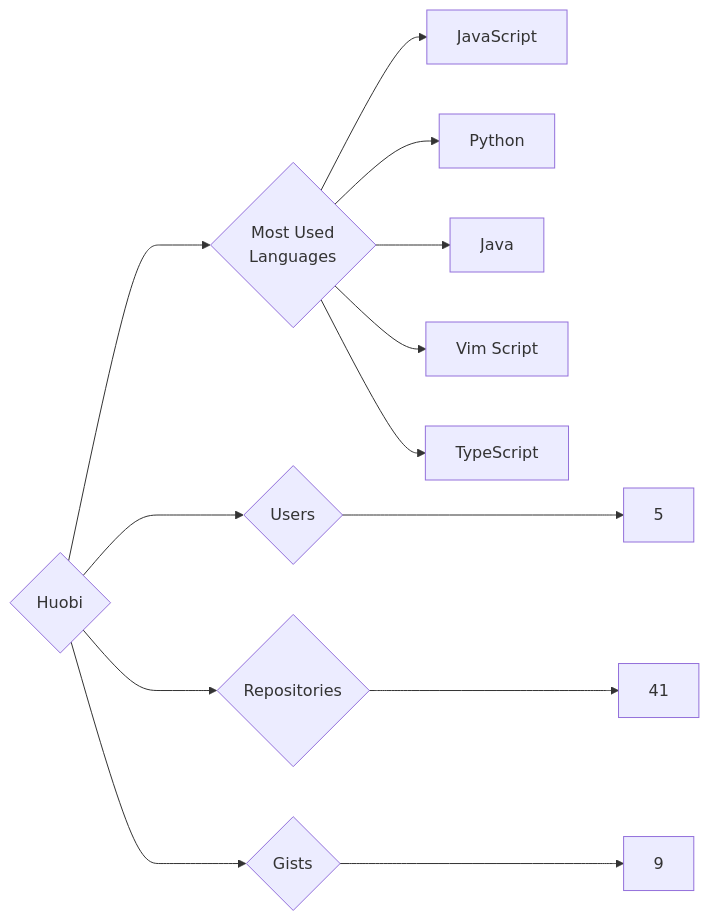
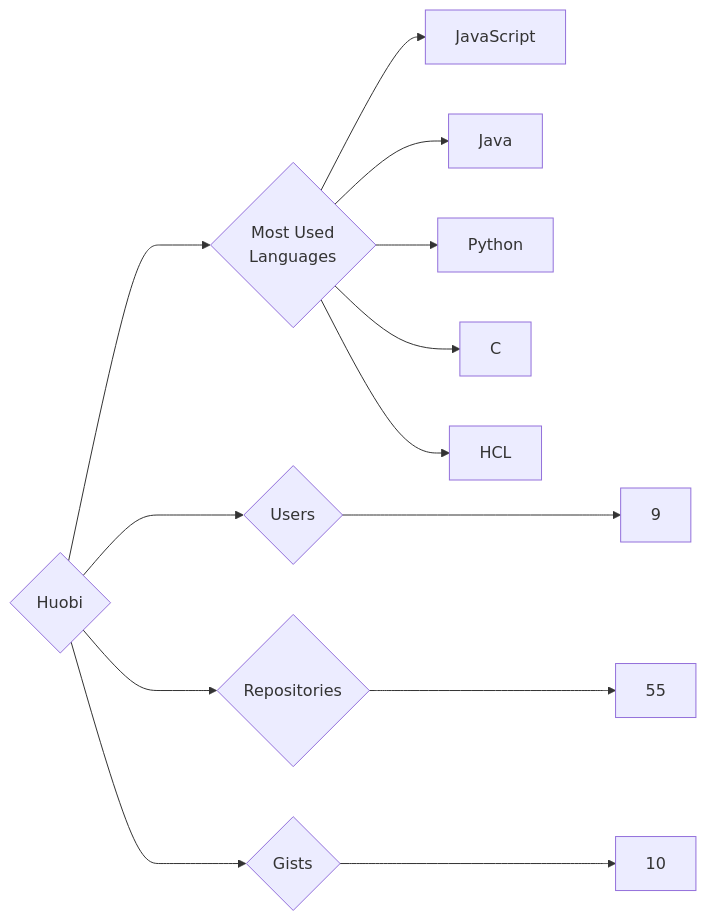
Before and after one commit to trickest/insiders: the diagram in targets/Huobi/README.md, drawn with Mermaid. The commit also changed 1170 other files, not shown here.

````diff
--- a/targets/Huobi/README.md
+++ b/targets/Huobi/README.md
@@ -3,13 +3,13 @@
 ```mermaid
 graph LR
 COMPANY_NAME{Huobi}
-COMPANY_NAME ---> U{Users} ---> UN[5]
-COMPANY_NAME ---> R{Repositories} ---> RN[41]
-COMPANY_NAME ---> G{Gists} ---> GN[9]
+COMPANY_NAME ---> U{Users} ---> UN[9]
+COMPANY_NAME ---> R{Repositories} ---> RN[55]
+COMPANY_NAME ---> G{Gists} ---> GN[10]
 COMPANY_NAME ---> ML{Most Used<br>Languages}
 ML --> JavaScript[JavaScript]
+ML --> Java[Java]
 ML --> Python[Python]
-ML --> Java[Java]
-ML --> Vim_Script[Vim Script]
-ML --> TypeScript[TypeScript]
+ML --> C[C]
+ML --> HCL[HCL]
 ```
````
